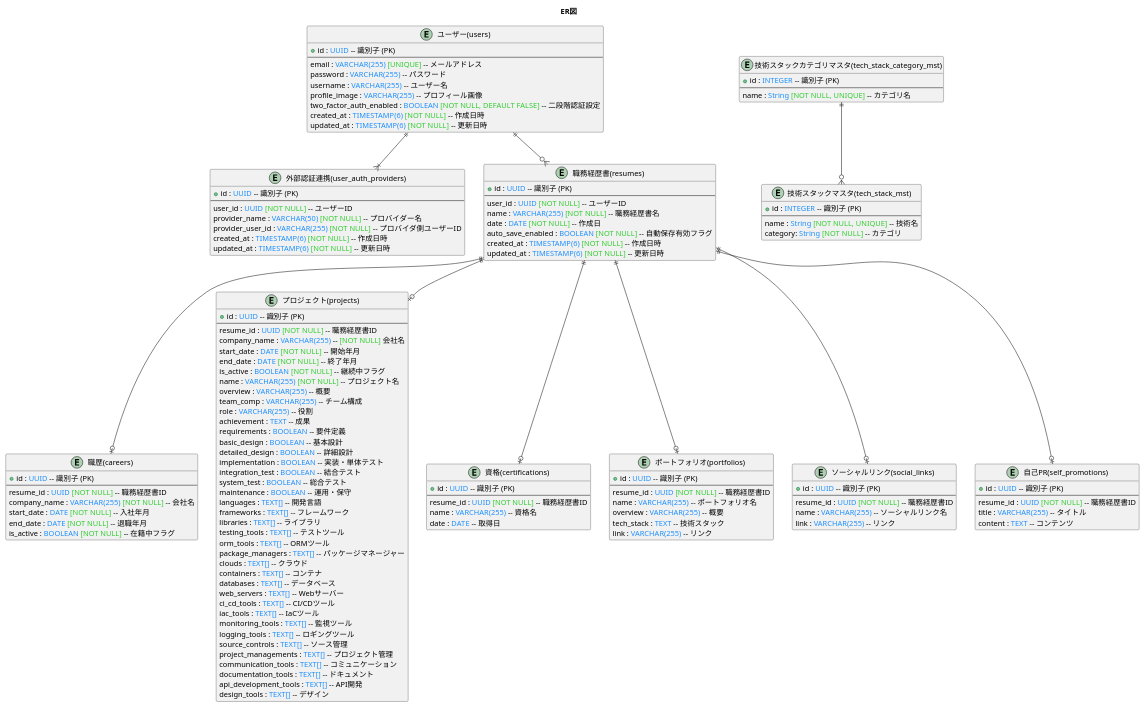
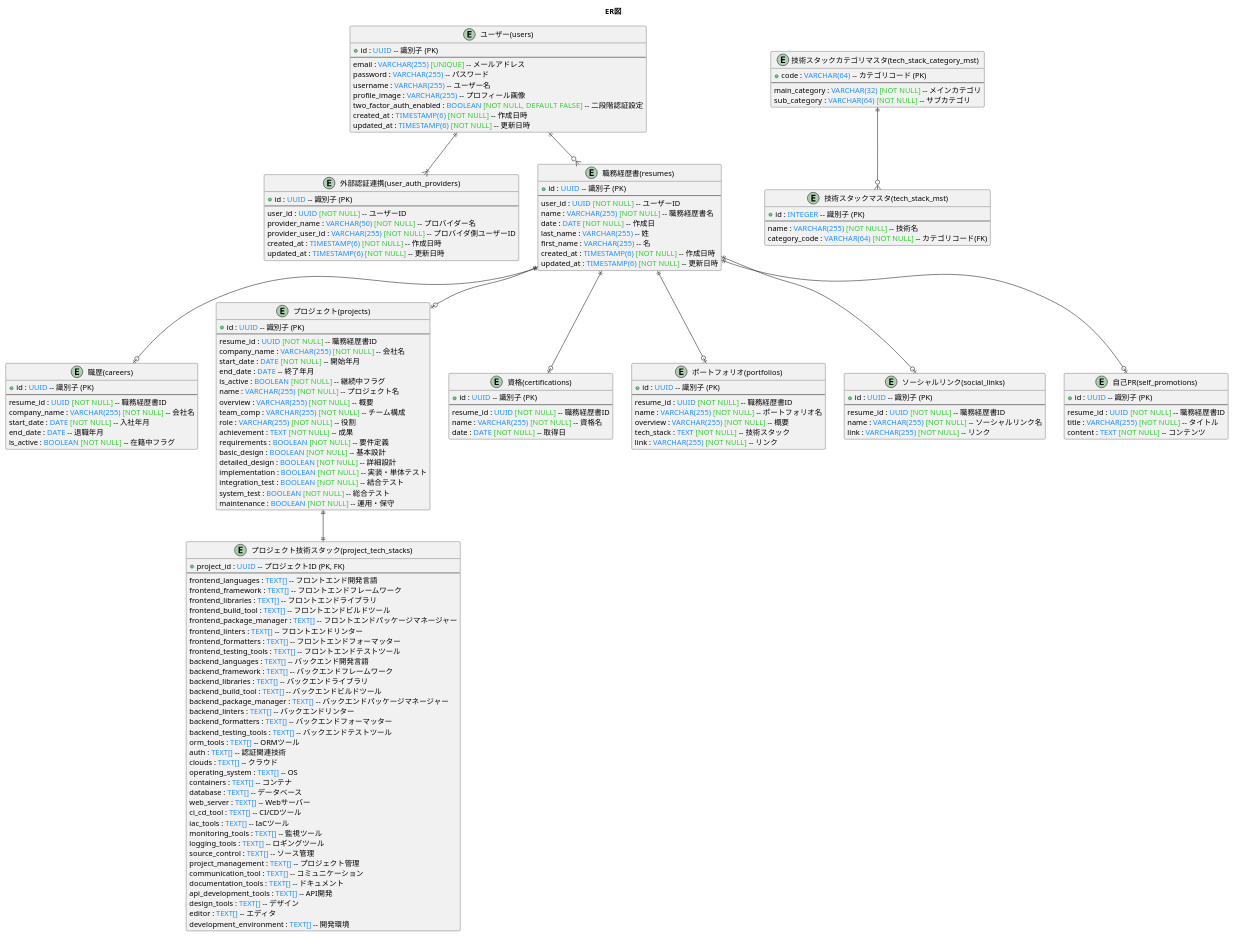
The diagram in doc/DB設計/ER図.pu (DogisRiki/KeirekiPro), drawn with PlantUML before and after one commit. The commit also changed 383 other files, not shown here.

```diff
--- a/doc/DB設計/ER図.pu
+++ b/doc/DB設計/ER図.pu
@@ -1,152 +1,176 @@
 @startuml ER図
 
 title ER図
 
 entity "ユーザー(users)" as users {
     + id : <color:#1E90FF>UUID</color> -- 識別子 (PK)
     --
     email : <color:#1E90FF>VARCHAR(255)</color> <color:#32CD32>[UNIQUE]</color> -- メールアドレス
     password : <color:#1E90FF>VARCHAR(255)</color> -- パスワード
     username : <color:#1E90FF>VARCHAR(255)</color> -- ユーザー名
     profile_image : <color:#1E90FF>VARCHAR(255)</color> -- プロフィール画像
     two_factor_auth_enabled : <color:#1E90FF>BOOLEAN</color> <color:#32CD32>[NOT NULL, DEFAULT FALSE]</color> -- 二段階認証設定
     created_at : <color:#1E90FF>TIMESTAMP(6)</color> <color:#32CD32>[NOT NULL]</color> -- 作成日時
     updated_at : <color:#1E90FF>TIMESTAMP(6)</color> <color:#32CD32>[NOT NULL]</color> -- 更新日時
 }
 
 entity "外部認証連携(user_auth_providers)" as UserAuthProviders {
     + id : <color:#1E90FF>UUID</color> -- 識別子 (PK)
     --
     user_id : <color:#1E90FF>UUID</color> <color:#32CD32>[NOT NULL]</color> -- ユーザーID
     provider_name : <color:#1E90FF>VARCHAR(50)</color> <color:#32CD32>[NOT NULL]</color> -- プロバイダー名
     provider_user_id : <color:#1E90FF>VARCHAR(255)</color> <color:#32CD32>[NOT NULL]</color> -- プロバイダ側ユーザーID
     created_at : <color:#1E90FF>TIMESTAMP(6)</color> <color:#32CD32>[NOT NULL]</color> -- 作成日時
     updated_at : <color:#1E90FF>TIMESTAMP(6)</color> <color:#32CD32>[NOT NULL]</color> -- 更新日時
 }
 
 entity "職務経歴書(resumes)" as Resumes {
     + id : <color:#1E90FF>UUID</color> -- 識別子 (PK)
     --
     user_id : <color:#1E90FF>UUID</color> <color:#32CD32>[NOT NULL]</color> -- ユーザーID
     name : <color:#1E90FF>VARCHAR(255)</color> <color:#32CD32>[NOT NULL]</color> -- 職務経歴書名
     date : <color:#1E90FF>DATE</color> <color:#32CD32>[NOT NULL]</color> -- 作成日
-    auto_save_enabled : <color:#1E90FF>BOOLEAN</color> <color:#32CD32>[NOT NULL]</color> -- 自動保存有効フラグ
+    last_name : <color:#1E90FF>VARCHAR(255)</color> -- 姓
+    first_name : <color:#1E90FF>VARCHAR(255)</color> -- 名
     created_at : <color:#1E90FF>TIMESTAMP(6)</color> <color:#32CD32>[NOT NULL]</color> -- 作成日時
     updated_at : <color:#1E90FF>TIMESTAMP(6)</color> <color:#32CD32>[NOT NULL]</color> -- 更新日時
 }
 
 entity "職歴(careers)" as Careers {
     + id : <color:#1E90FF>UUID</color> -- 識別子 (PK)
     --
     resume_id : <color:#1E90FF>UUID</color> <color:#32CD32>[NOT NULL]</color> -- 職務経歴書ID
     company_name : <color:#1E90FF>VARCHAR(255)</color> <color:#32CD32>[NOT NULL]</color> -- 会社名
     start_date : <color:#1E90FF>DATE</color> <color:#32CD32>[NOT NULL]</color> -- 入社年月
-    end_date : <color:#1E90FF>DATE</color> <color:#32CD32>[NOT NULL]</color> -- 退職年月
+    end_date : <color:#1E90FF>DATE</color> -- 退職年月
     is_active : <color:#1E90FF>BOOLEAN</color> <color:#32CD32>[NOT NULL]</color> -- 在籍中フラグ
 }
 
 entity "プロジェクト(projects)" as Projects {
     + id : <color:#1E90FF>UUID</color> -- 識別子 (PK)
     --
     resume_id : <color:#1E90FF>UUID</color> <color:#32CD32>[NOT NULL]</color> -- 職務経歴書ID
-    company_name : <color:#1E90FF>VARCHAR(255)</color> -- <color:#32CD32>[NOT NULL]</color> 会社名
+    company_name : <color:#1E90FF>VARCHAR(255)</color> <color:#32CD32>[NOT NULL]</color> -- 会社名
     start_date : <color:#1E90FF>DATE</color> <color:#32CD32>[NOT NULL]</color> -- 開始年月
-    end_date : <color:#1E90FF>DATE</color> <color:#32CD32>[NOT NULL]</color> -- 終了年月
+    end_date : <color:#1E90FF>DATE</color> -- 終了年月
     is_active : <color:#1E90FF>BOOLEAN</color> <color:#32CD32>[NOT NULL]</color> -- 継続中フラグ
     name : <color:#1E90FF>VARCHAR(255)</color> <color:#32CD32>[NOT NULL]</color> -- プロジェクト名
-    overview : <color:#1E90FF>VARCHAR(255)</color> -- 概要
-    team_comp : <color:#1E90FF>VARCHAR(255)</color> -- チーム構成
-    role : <color:#1E90FF>VARCHAR(255)</color> -- 役割
-    achievement : <color:#1E90FF>TEXT</color> -- 成果
-    requirements : <color:#1E90FF>BOOLEAN</color> -- 要件定義
-    basic_design : <color:#1E90FF>BOOLEAN</color> -- 基本設計
-    detailed_design : <color:#1E90FF>BOOLEAN</color> -- 詳細設計
-    implementation : <color:#1E90FF>BOOLEAN</color> -- 実装・単体テスト
-    integration_test : <color:#1E90FF>BOOLEAN</color> -- 結合テスト
-    system_test : <color:#1E90FF>BOOLEAN</color> -- 総合テスト
-    maintenance : <color:#1E90FF>BOOLEAN</color> -- 運用・保守
-    languages : <color:#1E90FF>TEXT[]</color> -- 開発言語
-    frameworks : <color:#1E90FF>TEXT[]</color> -- フレームワーク
-    libraries : <color:#1E90FF>TEXT[]</color> -- ライブラリ
-    testing_tools : <color:#1E90FF>TEXT[]</color> -- テストツール
+    overview : <color:#1E90FF>VARCHAR(255)</color> <color:#32CD32>[NOT NULL]</color> -- 概要
+    team_comp : <color:#1E90FF>VARCHAR(255)</color> <color:#32CD32>[NOT NULL]</color> -- チーム構成
+    role : <color:#1E90FF>VARCHAR(255)</color> <color:#32CD32>[NOT NULL]</color> -- 役割
+    achievement : <color:#1E90FF>TEXT</color> <color:#32CD32>[NOT NULL]</color> -- 成果
+    requirements : <color:#1E90FF>BOOLEAN</color> <color:#32CD32>[NOT NULL]</color> -- 要件定義
+    basic_design : <color:#1E90FF>BOOLEAN</color> <color:#32CD32>[NOT NULL]</color> -- 基本設計
+    detailed_design : <color:#1E90FF>BOOLEAN</color> <color:#32CD32>[NOT NULL]</color> -- 詳細設計
+    implementation : <color:#1E90FF>BOOLEAN</color> <color:#32CD32>[NOT NULL]</color> -- 実装・単体テスト
+    integration_test : <color:#1E90FF>BOOLEAN</color> <color:#32CD32>[NOT NULL]</color> -- 結合テスト
+    system_test : <color:#1E90FF>BOOLEAN</color> <color:#32CD32>[NOT NULL]</color> -- 総合テスト
+    maintenance : <color:#1E90FF>BOOLEAN</color> <color:#32CD32>[NOT NULL]</color> -- 運用・保守
+}
+
+entity "プロジェクト技術スタック(project_tech_stacks)" as ProjectTechStacks {
+    + project_id : <color:#1E90FF>UUID</color> -- プロジェクトID (PK, FK)
+    --
+    frontend_languages : <color:#1E90FF>TEXT[]</color> -- フロントエンド開発言語
+    frontend_framework : <color:#1E90FF>TEXT[]</color> -- フロントエンドフレームワーク
+    frontend_libraries : <color:#1E90FF>TEXT[]</color> -- フロントエンドライブラリ
+    frontend_build_tool : <color:#1E90FF>TEXT[]</color> -- フロントエンドビルドツール
+    frontend_package_manager : <color:#1E90FF>TEXT[]</color> -- フロントエンドパッケージマネージャー
+    frontend_linters : <color:#1E90FF>TEXT[]</color> -- フロントエンドリンター
+    frontend_formatters : <color:#1E90FF>TEXT[]</color> -- フロントエンドフォーマッター
+    frontend_testing_tools : <color:#1E90FF>TEXT[]</color> -- フロントエンドテストツール
+    backend_languages : <color:#1E90FF>TEXT[]</color> -- バックエンド開発言語
+    backend_framework : <color:#1E90FF>TEXT[]</color> -- バックエンドフレームワーク
+    backend_libraries : <color:#1E90FF>TEXT[]</color> -- バックエンドライブラリ
+    backend_build_tool : <color:#1E90FF>TEXT[]</color> -- バックエンドビルドツール
+    backend_package_manager : <color:#1E90FF>TEXT[]</color> -- バックエンドパッケージマネージャー
+    backend_linters : <color:#1E90FF>TEXT[]</color> -- バックエンドリンター
+    backend_formatters : <color:#1E90FF>TEXT[]</color> -- バックエンドフォーマッター
+    backend_testing_tools : <color:#1E90FF>TEXT[]</color> -- バックエンドテストツール
     orm_tools : <color:#1E90FF>TEXT[]</color> -- ORMツール
-    package_managers : <color:#1E90FF>TEXT[]</color> -- パッケージマネージャー
+    auth : <color:#1E90FF>TEXT[]</color> -- 認証関連技術
     clouds : <color:#1E90FF>TEXT[]</color> -- クラウド
+    operating_system : <color:#1E90FF>TEXT[]</color> -- OS
     containers : <color:#1E90FF>TEXT[]</color> -- コンテナ
-    databases : <color:#1E90FF>TEXT[]</color> -- データベース
-    web_servers : <color:#1E90FF>TEXT[]</color> -- Webサーバー
-    ci_cd_tools : <color:#1E90FF>TEXT[]</color> -- CI/CDツール
+    database : <color:#1E90FF>TEXT[]</color> -- データベース
+    web_server : <color:#1E90FF>TEXT[]</color> -- Webサーバー
+    ci_cd_tool : <color:#1E90FF>TEXT[]</color> -- CI/CDツール
     iac_tools : <color:#1E90FF>TEXT[]</color> -- IaCツール
     monitoring_tools : <color:#1E90FF>TEXT[]</color> -- 監視ツール
     logging_tools : <color:#1E90FF>TEXT[]</color> -- ロギングツール
-    source_controls : <color:#1E90FF>TEXT[]</color> -- ソース管理
-    project_managements : <color:#1E90FF>TEXT[]</color> -- プロジェクト管理
-    communication_tools : <color:#1E90FF>TEXT[]</color> -- コミュニケーション
+    source_control : <color:#1E90FF>TEXT[]</color> -- ソース管理
+    project_management : <color:#1E90FF>TEXT[]</color> -- プロジェクト管理
+    communication_tool : <color:#1E90FF>TEXT[]</color> -- コミュニケーション
     documentation_tools : <color:#1E90FF>TEXT[]</color> -- ドキュメント
     api_development_tools : <color:#1E90FF>TEXT[]</color> -- API開発
     design_tools : <color:#1E90FF>TEXT[]</color> -- デザイン
+    editor : <color:#1E90FF>TEXT[]</color> -- エディタ
+    development_environment : <color:#1E90FF>TEXT[]</color> -- 開発環境
 }
 
 entity "資格(certifications)" as Certifications {
     + id : <color:#1E90FF>UUID</color> -- 識別子 (PK)
     --
     resume_id : <color:#1E90FF>UUID</color> <color:#32CD32>[NOT NULL]</color> -- 職務経歴書ID
-    name : <color:#1E90FF>VARCHAR(255)</color> -- 資格名
-    date : <color:#1E90FF>DATE</color> -- 取得日
+    name : <color:#1E90FF>VARCHAR(255)</color> <color:#32CD32>[NOT NULL]</color> -- 資格名
+    date : <color:#1E90FF>DATE</color> <color:#32CD32>[NOT NULL]</color> -- 取得日
 }
 
 entity "ポートフォリオ(portfolios)" as Portfolios {
     + id : <color:#1E90FF>UUID</color> -- 識別子 (PK)
     --
     resume_id : <color:#1E90FF>UUID</color> <color:#32CD32>[NOT NULL]</color> -- 職務経歴書ID
-    name : <color:#1E90FF>VARCHAR(255)</color> -- ポートフォリオ名
-    overview : <color:#1E90FF>VARCHAR(255)</color> -- 概要
-    tech_stack : <color:#1E90FF>TEXT</color> -- 技術スタック
-    link : <color:#1E90FF>VARCHAR(255)</color> -- リンク
+    name : <color:#1E90FF>VARCHAR(255)</color> <color:#32CD32>[NOT NULL]</color> -- ポートフォリオ名
+    overview : <color:#1E90FF>VARCHAR(255)</color> <color:#32CD32>[NOT NULL]</color> -- 概要
+    tech_stack : <color:#1E90FF>TEXT</color> <color:#32CD32>[NOT NULL]</color> -- 技術スタック
+    link : <color:#1E90FF>VARCHAR(255)</color> <color:#32CD32>[NOT NULL]</color> -- リンク
 }
 
 entity "ソーシャルリンク(social_links)" as SocialLinks {
     + id : <color:#1E90FF>UUID</color> -- 識別子 (PK)
     --
     resume_id : <color:#1E90FF>UUID</color> <color:#32CD32>[NOT NULL]</color> -- 職務経歴書ID
-    name : <color:#1E90FF>VARCHAR(255)</color> -- ソーシャルリンク名
-    link : <color:#1E90FF>VARCHAR(255)</color> -- リンク
+    name : <color:#1E90FF>VARCHAR(255)</color> <color:#32CD32>[NOT NULL]</color> -- ソーシャルリンク名
+    link : <color:#1E90FF>VARCHAR(255)</color> <color:#32CD32>[NOT NULL]</color> -- リンク
 }
 
 entity "自己PR(self_promotions)" as SelfPromotions {
     + id : <color:#1E90FF>UUID</color> -- 識別子 (PK)
     --
     resume_id : <color:#1E90FF>UUID</color> <color:#32CD32>[NOT NULL]</color> -- 職務経歴書ID
-    title : <color:#1E90FF>VARCHAR(255)</color> -- タイトル
-    content : <color:#1E90FF>TEXT</color> -- コンテンツ
+    title : <color:#1E90FF>VARCHAR(255)</color> <color:#32CD32>[NOT NULL]</color> -- タイトル
+    content : <color:#1E90FF>TEXT</color> <color:#32CD32>[NOT NULL]</color> -- コンテンツ
+}
+
+entity "技術スタックカテゴリマスタ(tech_stack_category_mst)" as TechStackCategoryMst {
+    + code : <color:#1E90FF>VARCHAR(64)</color> -- カテゴリコード (PK)
+    --
+    main_category : <color:#1E90FF>VARCHAR(32)</color> <color:#32CD32>[NOT NULL]</color> -- メインカテゴリ
+    sub_category  : <color:#1E90FF>VARCHAR(64)</color> <color:#32CD32>[NOT NULL]</color> -- サブカテゴリ
 }
 
 entity "技術スタックマスタ(tech_stack_mst)" as TechStackMst {
     + id : <color:#1E90FF>INTEGER</color> -- 識別子 (PK)
     --
-    name : <color:#1E90FF>String</color> <color:#32CD32>[NOT NULL, UNIQUE]</color> -- 技術名
-    category: <color:#1E90FF>String</color> <color:#32CD32>[NOT NULL]</color> -- カテゴリ
-}
-
-entity "技術スタックカテゴリマスタ(tech_stack_category_mst)" as TechStackCategoryMst {
-    + id : <color:#1E90FF>INTEGER</color> -- 識別子 (PK)
-    --
-    name : <color:#1E90FF>String</color> <color:#32CD32>[NOT NULL, UNIQUE]</color> -- カテゴリ名
+    name : <color:#1E90FF>VARCHAR(255)</color> <color:#32CD32>[NOT NULL]</color> -- 技術名
+    category_code : <color:#1E90FF>VARCHAR(64)</color> <color:#32CD32>[NOT NULL]</color> -- カテゴリコード(FK)
 }
 
 ' ----------------------
 ' リレーション定義
 ' ----------------------
 users ||--o{ Resumes
 users ||--|{ UserAuthProviders
 
 Resumes ||--o| Careers
 Resumes ||--o| Projects
 Resumes ||--o| Certifications
 Resumes ||--o| Portfolios
 Resumes ||--o| SocialLinks
 Resumes ||--o| SelfPromotions
 
+Projects ||--|| ProjectTechStacks
+
 TechStackCategoryMst ||--o{ TechStackMst
 
 @enduml
```
